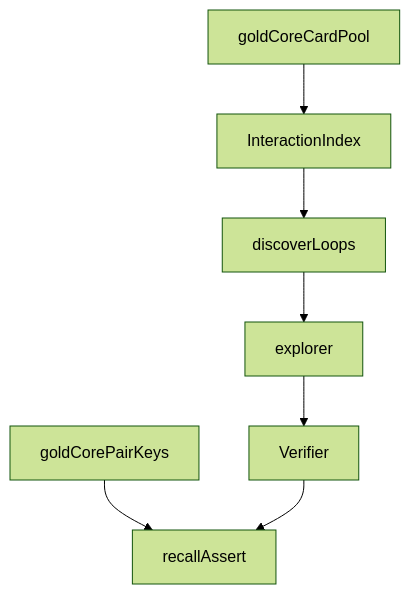
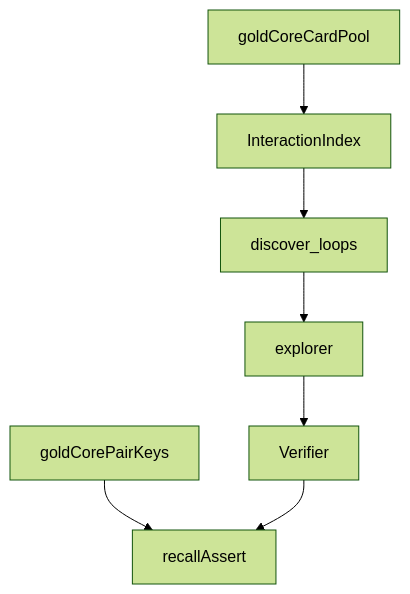
The diagram in tests/discovery/README.md (witzbeck/mtg-loop-engine), drawn with Mermaid (forest theme) before and after one commit. The commit also changed other lines of this file and 65 other files, not shown here.

````diff
--- a/tests/discovery/README.md
+++ b/tests/discovery/README.md
@@ -9,9 +11,9 @@
 ```mermaid
 graph TB;
   pool[goldCoreCardPool] --> index[InteractionIndex];
-  index --> discover[discoverLoops];
+  index --> discover[discover_loops];
   discover --> explorer[explorer];
   explorer --> verifier[Verifier];
   goldKeys[goldCorePairKeys] --> recall[recallAssert];
   verifier --> recall;
 ```
````
